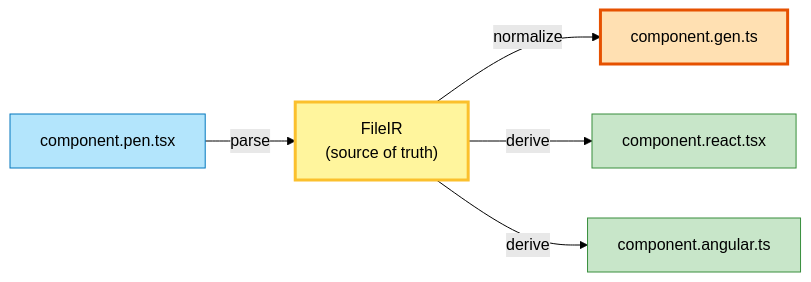
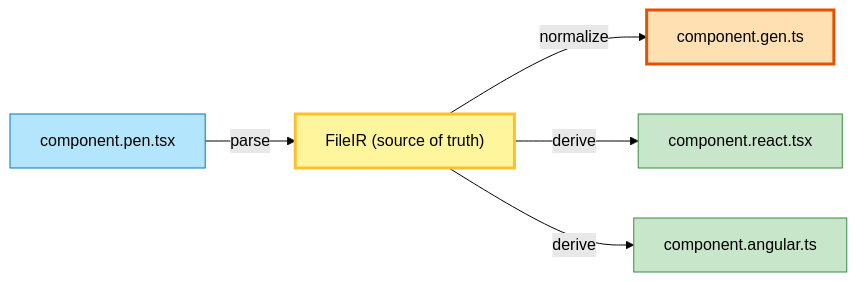
The diagram in apps/docs/src/content/docs/internals/understanding.mdx (max-scopp/pencel), drawn with Mermaid (forest theme) before and after one commit. The commit also changed other lines of this file and 5 other files, not shown here.

Commit message:
feat: update documentation for FileWriter and symbol resolution; remove deprecated symbol import diagrams

````diff
--- a/apps/docs/src/content/docs/internals/understanding.mdx
+++ b/apps/docs/src/content/docs/internals/understanding.mdx
@@ -38,19 +38,19 @@
 ```mermaid
 graph LR
     Source["component.pen.tsx"]
-    IR["FileIR<br/>(source of truth)"]
+    IR["FileIR (source of truth)"]
     Gen["component.gen.ts"]
     React["component.react.tsx"]
     Angular["component.angular.ts"]
     
     Source -->|parse| IR
     IR -->|normalize| Gen
     IR -->|derive| React
     IR -->|derive| Angular
     
     style Source fill:#b3e5fc,stroke:#0277bd,color:#000
     style IR fill:#fff59d,stroke:#fbc02d,stroke-width:3px,color:#000
     style Gen fill:#ffe0b2,stroke:#e65100,stroke-width:3px,color:#000
     style React fill:#c8e6c9,stroke:#388e3c,color:#000
     style Angular fill:#c8e6c9,stroke:#388e3c,color:#000
 ```
````
